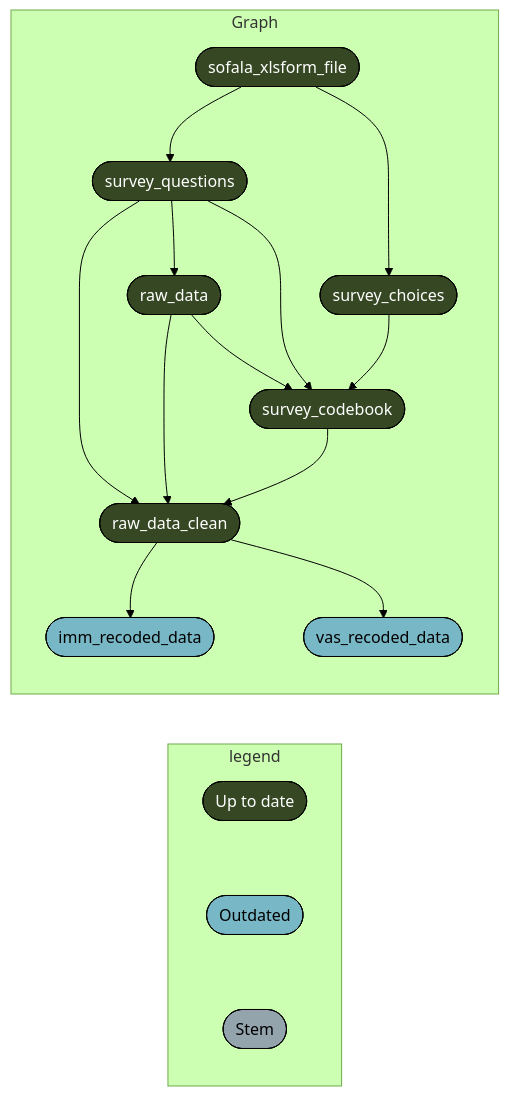
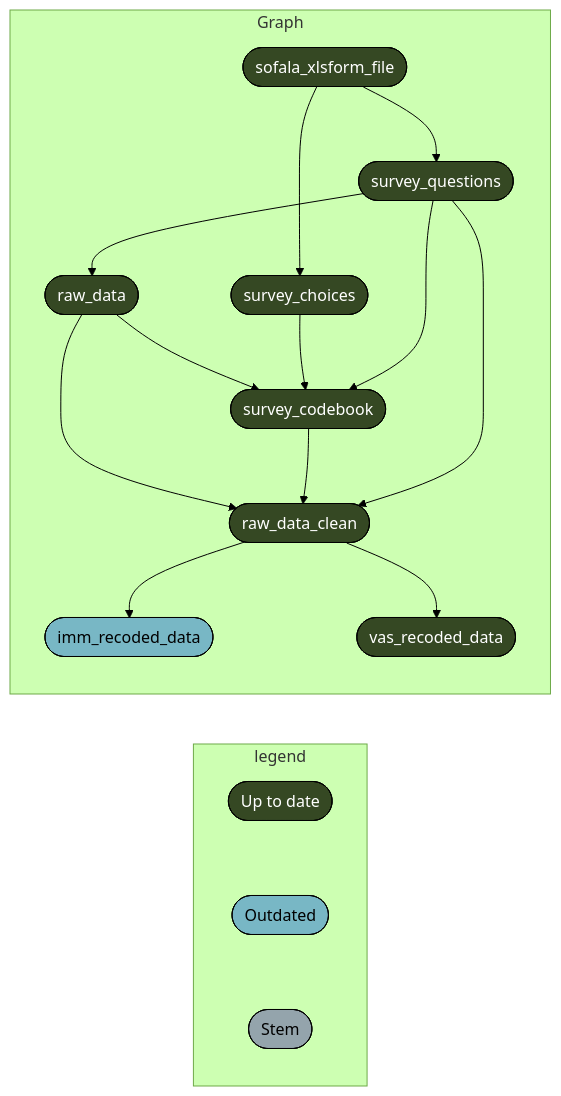
The fifth of 15 diagrams in README.md (katilingban/mozambique-s3m), drawn with Mermaid (forest theme) before and after one commit. The commit also changed other lines of this file and 1 other file, not shown here.

````diff
--- a/README.md
+++ b/README.md
@@ -155,25 +160,25 @@
 ``` mermaid
 graph LR
   subgraph legend
     x7420bd9270f8d27d([""Up to date""]):::uptodate --- x0a52b03877696646([""Outdated""]):::outdated
     x0a52b03877696646([""Outdated""]):::outdated --- xbf4603d6c2c2ad6b([""Stem""]):::none
   end
   subgraph Graph
+    x52eeb21c389d52d8(["sofala_xlsform_file"]):::uptodate --> x0c65864d89dfd824(["survey_questions"]):::uptodate
+    x136e4e85e6851637(["raw_data"]):::uptodate --> xfcfc1959dbba8ed3(["survey_codebook"]):::uptodate
+    x5aed27afbde18e19(["survey_choices"]):::uptodate --> xfcfc1959dbba8ed3(["survey_codebook"]):::uptodate
+    x0c65864d89dfd824(["survey_questions"]):::uptodate --> xfcfc1959dbba8ed3(["survey_codebook"]):::uptodate
     x136e4e85e6851637(["raw_data"]):::uptodate --> x09e58614f2343db8(["raw_data_clean"]):::uptodate
     xfcfc1959dbba8ed3(["survey_codebook"]):::uptodate --> x09e58614f2343db8(["raw_data_clean"]):::uptodate
     x0c65864d89dfd824(["survey_questions"]):::uptodate --> x09e58614f2343db8(["raw_data_clean"]):::uptodate
+    x52eeb21c389d52d8(["sofala_xlsform_file"]):::uptodate --> x5aed27afbde18e19(["survey_choices"]):::uptodate
+    x0c65864d89dfd824(["survey_questions"]):::uptodate --> x136e4e85e6851637(["raw_data"]):::uptodate
     x09e58614f2343db8(["raw_data_clean"]):::uptodate --> x4886c91a92173c33(["imm_recoded_data"]):::outdated
-    x0c65864d89dfd824(["survey_questions"]):::uptodate --> x136e4e85e6851637(["raw_data"]):::uptodate
-    x52eeb21c389d52d8(["sofala_xlsform_file"]):::uptodate --> x0c65864d89dfd824(["survey_questions"]):::uptodate
-    x09e58614f2343db8(["raw_data_clean"]):::uptodate --> x1dccf1efe1fe8a59(["vas_recoded_data"]):::outdated
-    x136e4e85e6851637(["raw_data"]):::uptodate --> xfcfc1959dbba8ed3(["survey_codebook"]):::uptodate
-    x5aed27afbde18e19(["survey_choices"]):::uptodate --> xfcfc1959dbba8ed3(["survey_codebook"]):::uptodate
-    x0c65864d89dfd824(["survey_questions"]):::uptodate --> xfcfc1959dbba8ed3(["survey_codebook"]):::uptodate
-    x52eeb21c389d52d8(["sofala_xlsform_file"]):::uptodate --> x5aed27afbde18e19(["survey_choices"]):::uptodate
+    x09e58614f2343db8(["raw_data_clean"]):::uptodate --> x1dccf1efe1fe8a59(["vas_recoded_data"]):::uptodate
   end
   classDef uptodate stroke:#000000,color:#ffffff,fill:#354823;
   classDef outdated stroke:#000000,color:#000000,fill:#78B7C5;
   classDef none stroke:#000000,color:#000000,fill:#94a4ac;
   linkStyle 0 stroke-width:0px;
   linkStyle 1 stroke-width:0px;
 ```
````
